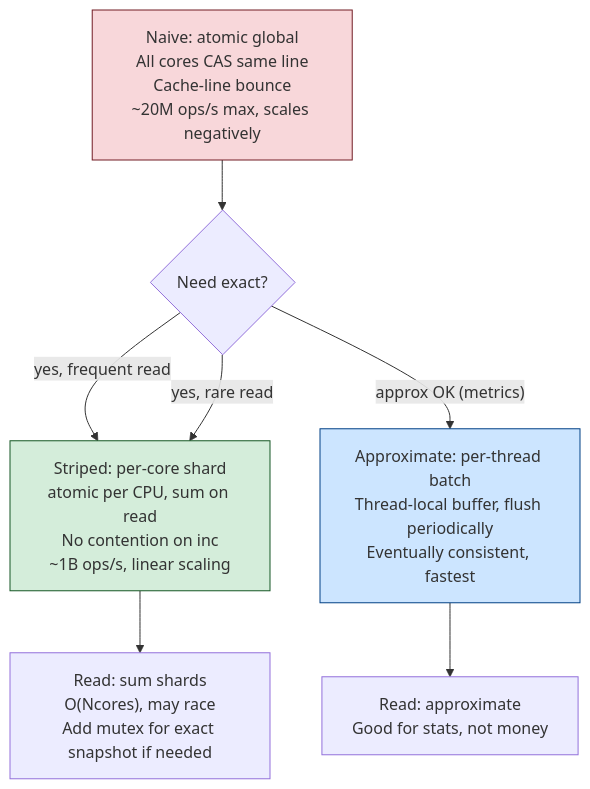
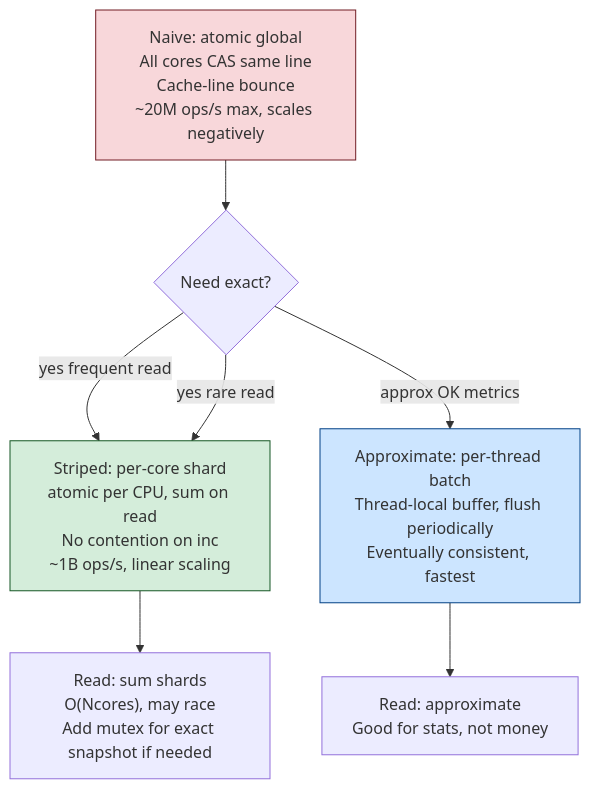
Before and after one commit to bumbsclaw/textbooks: the seventh of 7 diagrams in vol-04-concurrency/ch04-lock-free.md, drawn with Mermaid. The commit also changed other lines of this file and 173 other files, not shown here.

First line of the commit message:
fix(mermaid): close note brackets, semicolons in Notes, stateDiagram br -> dash, edge parens

````diff
--- a/vol-04-concurrency/ch04-lock-free.md
+++ b/vol-04-concurrency/ch04-lock-free.md
@@ -454,15 +454,15 @@
 ```mermaid
 flowchart TD
     Naive["Naive: atomic<int> global<br/>All cores CAS same line<br/>Cache-line bounce<br/>~20M ops/s max, scales negatively"]
     Striped["Striped: per-core shard<br/>atomic per CPU, sum on read<br/>No contention on inc<br/>~1B ops/s, linear scaling"]
     Approx["Approximate: per-thread batch<br/>Thread-local buffer, flush periodically<br/>Eventually consistent, fastest"]
     Naive --> Choice{"Need exact?"}
-    Choice -->|"yes, frequent read"| Striped
-    Choice -->|"yes, rare read"| Striped
-    Choice -->|"approx OK (metrics)"| Approx
+    Choice -->|"yes frequent read"| Striped
+    Choice -->|"yes rare read"| Striped
+    Choice -->|"approx OK metrics "| Approx
     Striped --> Read["Read: sum shards<br/>O(Ncores), may race<br/>Add mutex for exact snapshot if needed"]
     Approx --> Read2["Read: approximate<br/>Good for stats, not money"]
     style Naive fill:#f8d7da,stroke:#721c24
     style Striped fill:#d4edda,stroke:#155724
     style Approx fill:#cce5ff,stroke:#004085
 ```
````
